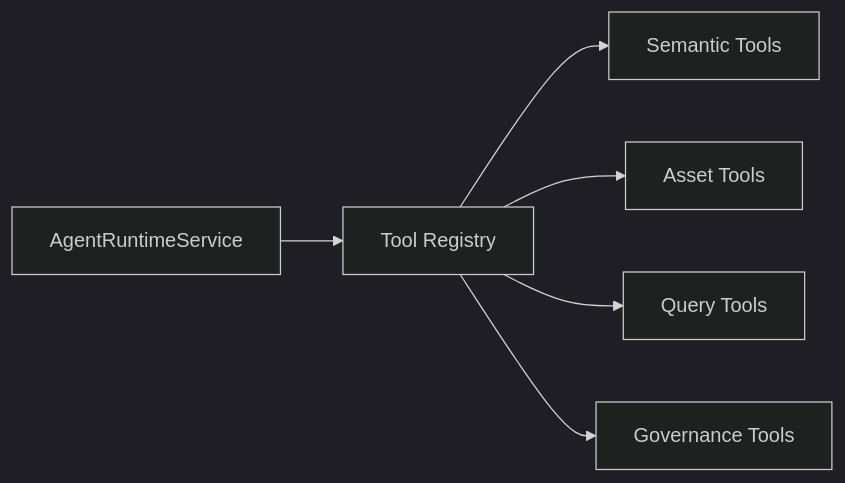
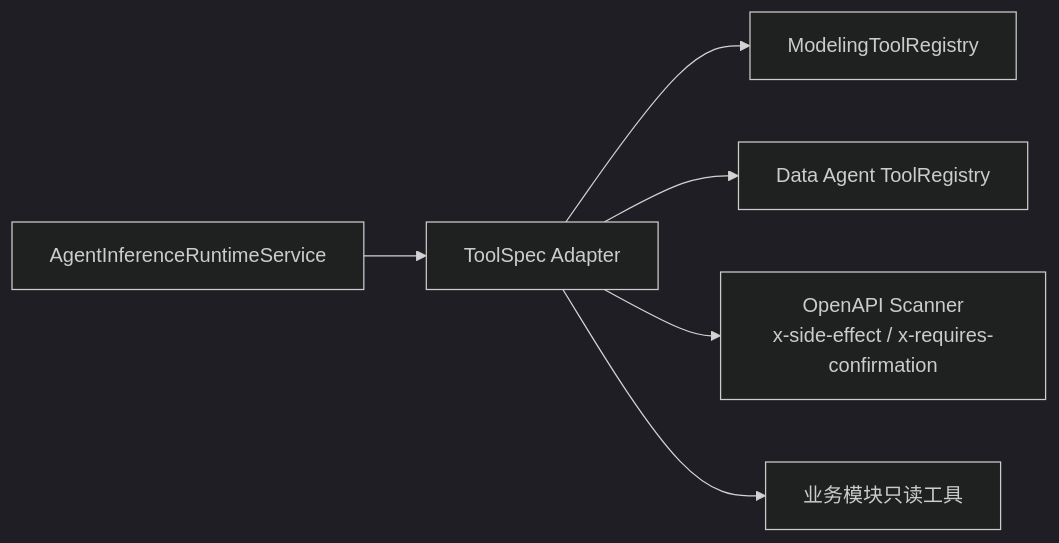
Before and after one commit to xza-m/cubic3-data-platform: the second of 3 diagrams in docs/architecture/agent-runtime-platform.md, drawn with Mermaid (dark theme). The commit also changed other lines of this file and 1 other file, not shown here.

Commit message:
docs: address agent runtime review feedback

````diff
--- a/docs/architecture/agent-runtime-platform.md
+++ b/docs/architecture/agent-runtime-platform.md
@@ -292,8 +383,8 @@
 ```mermaid
 flowchart LR
-  Runtime["AgentRuntimeService"] --> Registry["Tool Registry"]
-  Registry --> SemanticTools["Semantic Tools"]
-  Registry --> AssetTools["Asset Tools"]
-  Registry --> QueryTools["Query Tools"]
-  Registry --> GovernanceTools["Governance Tools"]
+  Runtime["AgentInferenceRuntimeService"] --> Adapter["ToolSpec Adapter"]
+  Adapter --> ModelingRegistry["ModelingToolRegistry"]
+  Adapter --> DataAgentRegistry["Data Agent ToolRegistry"]
+  Adapter --> OpenAPIScanner["OpenAPI Scanner<br/>x-side-effect / x-requires-confirmation"]
+  Adapter --> ModuleTools["业务模块只读工具"]
 ```
````
